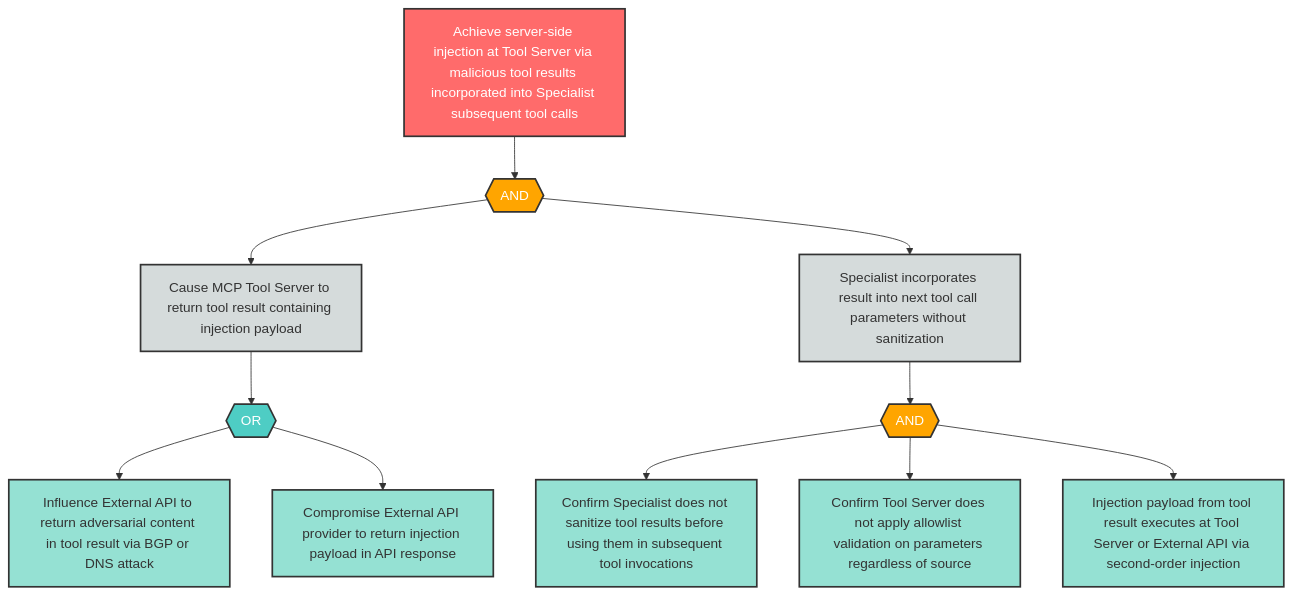
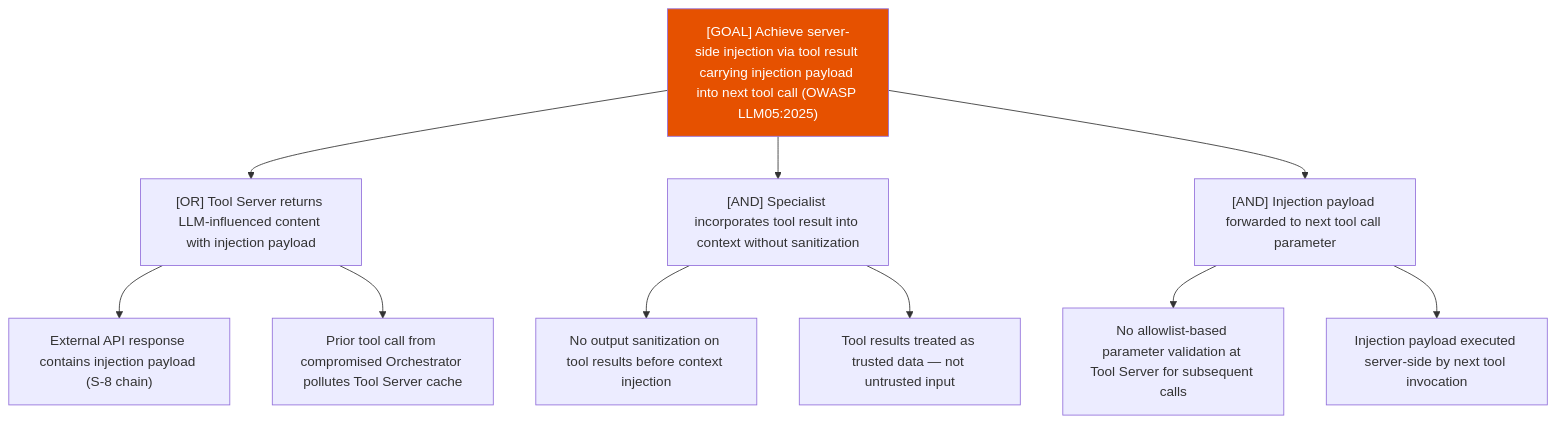
Before and after one commit to q-qp-p/davidmatousek-tachi: the diagram in examples/agentic-app/sample-report/attack-trees/llm-10-attack-tree.md, drawn with Mermaid. The commit also changed other lines of this file and 132 other files, not shown here.

````diff
--- a/examples/agentic-app/sample-report/attack-trees/llm-10-attack-tree.md
+++ b/examples/agentic-app/sample-report/attack-trees/llm-10-attack-tree.md
@@ -8,37 +7,15 @@
 ```mermaid
-flowchart TD
-    LLM10_root["Achieve server-side injection at Tool Server via malicious tool results incorporated into Specialist subsequent tool calls"]
-    LLM10_and1{{"AND"}}
-    LLM10_sub1["Cause MCP Tool Server to return tool result containing injection payload"]
-    LLM10_sub2["Specialist incorporates result into next tool call parameters without sanitization"]
-    LLM10_or1{{"OR"}}
-    LLM10_leaf1["Influence External API to return adversarial content in tool result via BGP or DNS attack"]
-    LLM10_leaf2["Compromise External API provider to return injection payload in API response"]
-    LLM10_and2{{"AND"}}
-    LLM10_leaf3["Confirm Specialist does not sanitize tool results before using them in subsequent tool invocations"]
-    LLM10_leaf4["Confirm Tool Server does not apply allowlist validation on parameters regardless of source"]
-    LLM10_leaf5["Injection payload from tool result executes at Tool Server or External API via second-order injection"]
-
-    LLM10_root --> LLM10_and1
-    LLM10_and1 --> LLM10_sub1
-    LLM10_and1 --> LLM10_sub2
-    LLM10_sub1 --> LLM10_or1
-    LLM10_or1 --> LLM10_leaf1
-    LLM10_or1 --> LLM10_leaf2
-    LLM10_sub2 --> LLM10_and2
-    LLM10_and2 --> LLM10_leaf3
-    LLM10_and2 --> LLM10_leaf4
-    LLM10_and2 --> LLM10_leaf5
-
-    classDef goal fill:#ff6b6b,stroke:#333,stroke-width:2px,color:#fff
-    classDef andGate fill:#ffa500,stroke:#333,stroke-width:2px,color:#fff
-    classDef orGate fill:#4ecdc4,stroke:#333,stroke-width:2px,color:#fff
-    classDef subGoal fill:#d5dbdb,stroke:#333,stroke-width:2px,color:#333
-    classDef leaf fill:#95e1d3,stroke:#333,stroke-width:2px,color:#333
-
-    class LLM10_root goal
-    class LLM10_and1,LLM10_and2 andGate
-    class LLM10_or1 orGate
-    class LLM10_sub1,LLM10_sub2 subGoal
-    class LLM10_leaf1,LLM10_leaf2,LLM10_leaf3,LLM10_leaf4,LLM10_leaf5 leaf
+graph TD
+    Goal["[GOAL] Achieve server-side injection via tool result carrying injection payload into next tool call (OWASP LLM05:2025)"]
+    Goal --> A["[OR] Tool Server returns LLM-influenced content with injection payload"]
+    A --> A1["External API response contains injection payload (S-8 chain)"]
+    A --> A2["Prior tool call from compromised Orchestrator pollutes Tool Server cache"]
+    Goal --> B["[AND] Specialist incorporates tool result into context without sanitization"]
+    B --> B1["No output sanitization on tool results before context injection"]
+    B --> B2["Tool results treated as trusted data — not untrusted input"]
+    Goal --> C["[AND] Injection payload forwarded to next tool call parameter"]
+    C --> C1["No allowlist-based parameter validation at Tool Server for subsequent calls"]
+    C --> C2["Injection payload executed server-side by next tool invocation"]
+    classDef high fill:#e65100,color:#fff
+    class Goal high
 ```
````
